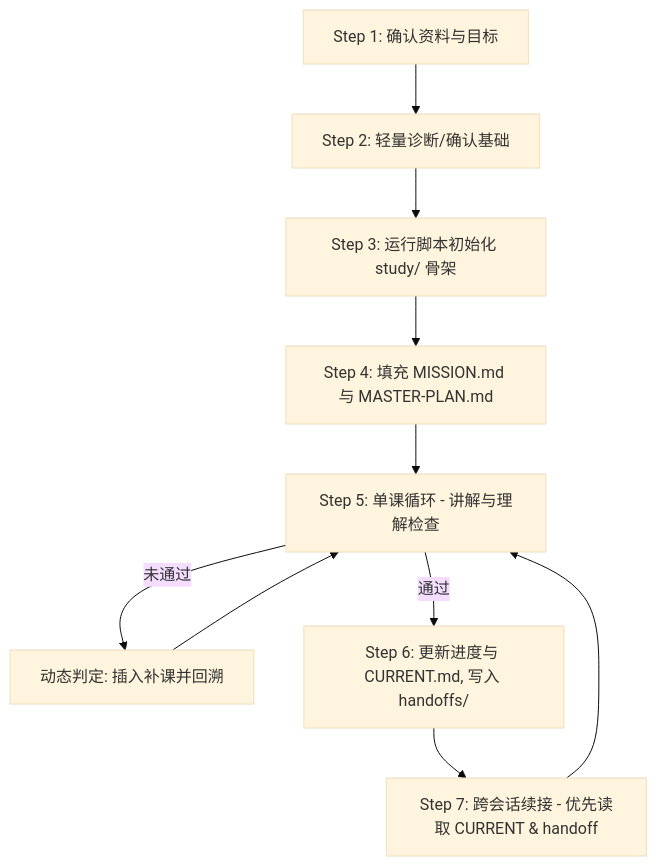
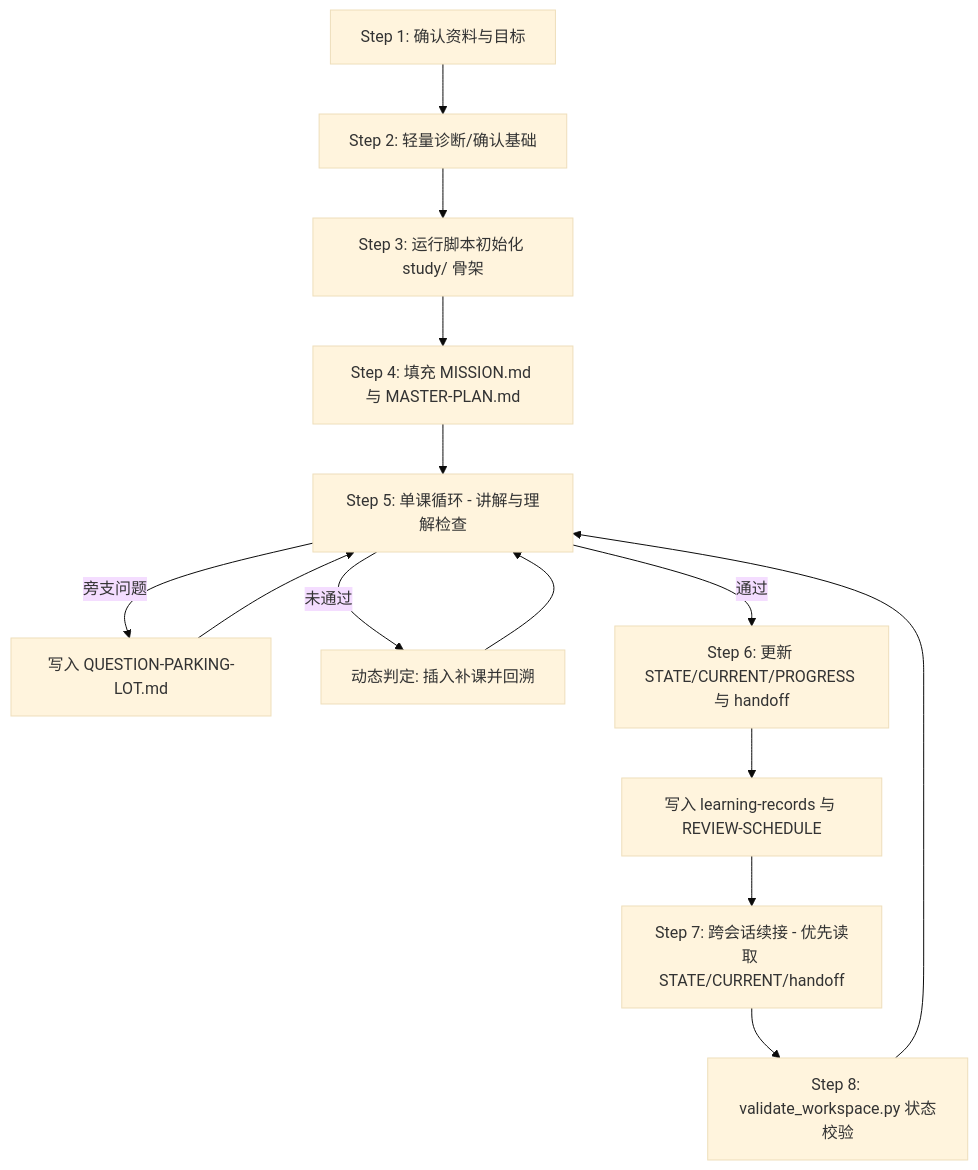
The diagram in README.md (twj515895394/study-system-skill), drawn with Mermaid (base theme) before and after one commit. The commit also changed other lines of this file, not shown here.

````diff
--- a/README.md
+++ b/README.md
@@ -127,12 +140,16 @@
 ```mermaid
 graph TD
     A[Step 1: 确认资料与目标] --> B[Step 2: 轻量诊断/确认基础]
     B --> C[Step 3: 运行脚本初始化 study/ 骨架]
     C --> D[Step 4: 填充 MISSION.md 与 MASTER-PLAN.md]
     D --> E[Step 5: 单课循环 - 讲解与理解检查]
+    E -->|旁支问题| Q[写入 QUESTION-PARKING-LOT.md]
+    Q --> E
     E -->|未通过| F[动态判定: 插入补课并回溯]
     F --> E
-    E -->|通过| G[Step 6: 更新进度与 CURRENT.md, 写入 handoffs/]
-    G --> H[Step 7: 跨会话续接 - 优先读取 CURRENT & handoff]
-    H --> E
+    E -->|通过| G[Step 6: 更新 STATE/CURRENT/PROGRESS 与 handoff]
+    G --> R[写入 learning-records 与 REVIEW-SCHEDULE]
+    R --> H[Step 7: 跨会话续接 - 优先读取 STATE/CURRENT/handoff]
+    H --> V[Step 8: validate_workspace.py 状态校验]
+    V --> E
 ```
````
